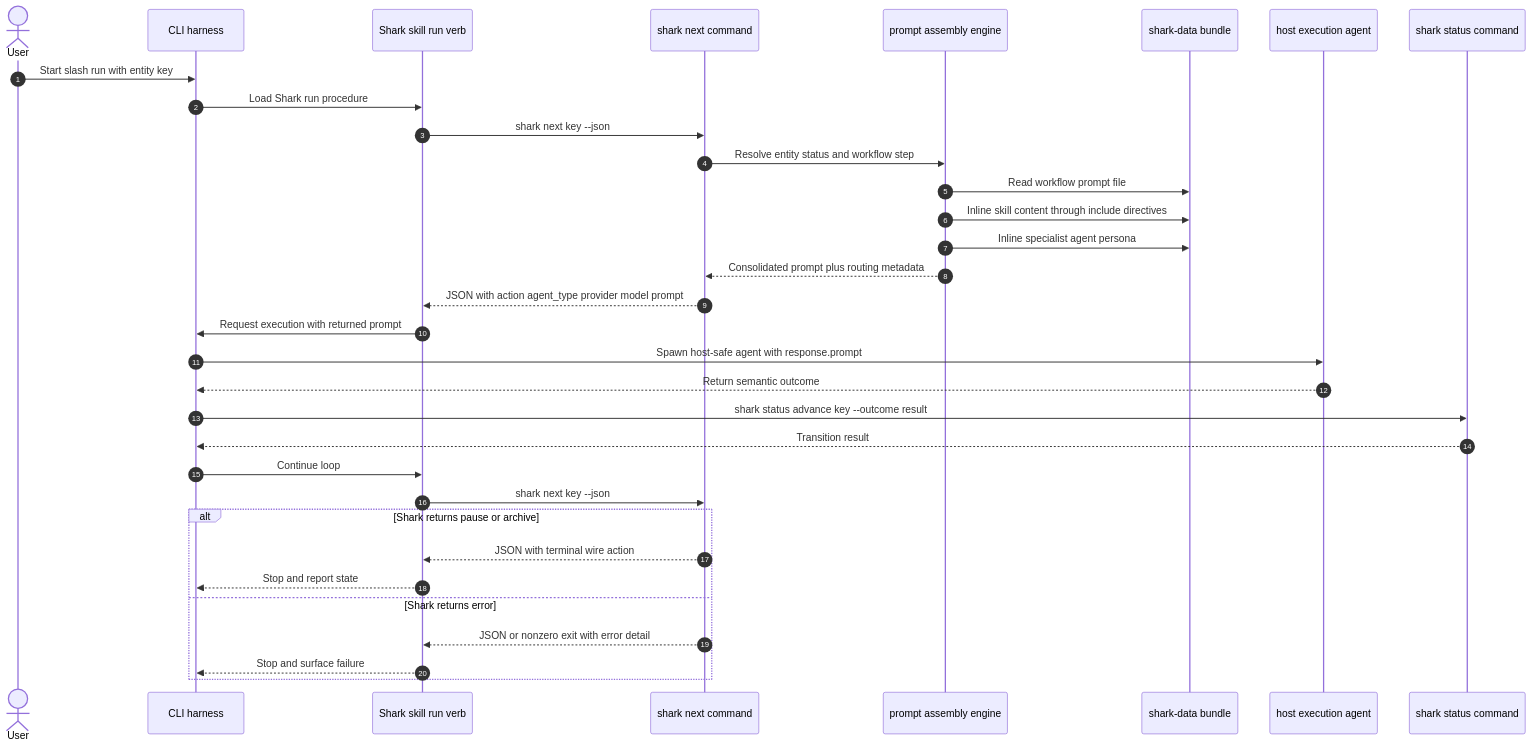
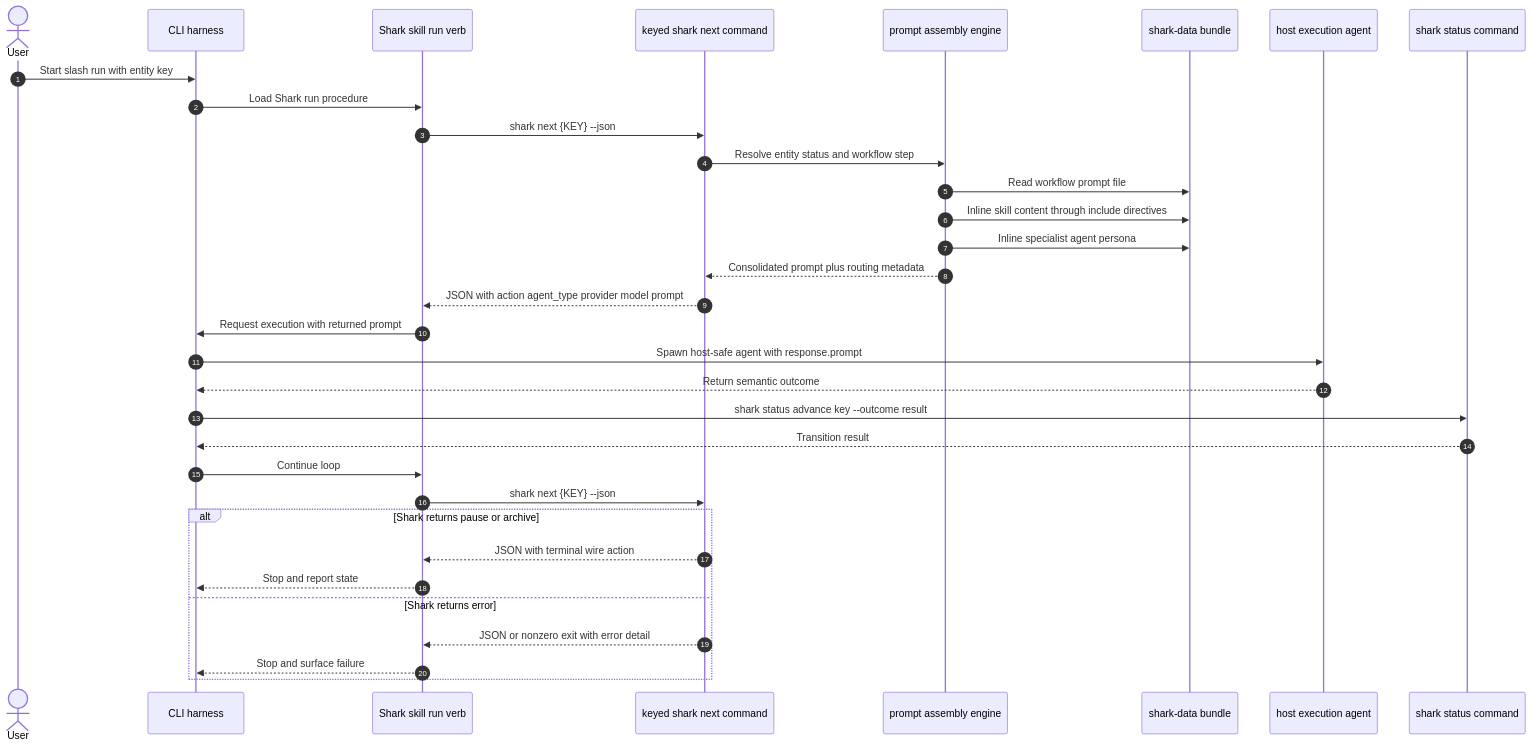
Before and after one commit to jwwelbor/shark-task-manager: the diagram in docs/architecture/shark-dispatch-prompt-assembly.md, drawn with Mermaid. The commit also changed other lines of this file and 97 other files, not shown here.

````diff
--- a/docs/architecture/shark-dispatch-prompt-assembly.md
+++ b/docs/architecture/shark-dispatch-prompt-assembly.md
@@ -10,37 +19,37 @@
 ```mermaid
 sequenceDiagram
     autonumber
     actor User
     participant Harness as CLI harness
     participant Skill as Shark skill run verb
-    participant Next as shark next command
+    participant Next as keyed shark next command
     participant Engine as prompt assembly engine
     participant Bundle as shark-data bundle
     participant Agent as host execution agent
     participant Status as shark status command
 
     User->>Harness: Start slash run with entity key
     Harness->>Skill: Load Shark run procedure
-    Skill->>Next: shark next key --json
+    Skill->>Next: shark next {KEY} --json
     Next->>Engine: Resolve entity status and workflow step
     Engine->>Bundle: Read workflow prompt file
     Engine->>Bundle: Inline skill content through include directives
     Engine->>Bundle: Inline specialist agent persona
     Engine-->>Next: Consolidated prompt plus routing metadata
     Next-->>Skill: JSON with action agent_type provider model prompt
     Skill->>Harness: Request execution with returned prompt
     Harness->>Agent: Spawn host-safe agent with response.prompt
     Agent-->>Harness: Return semantic outcome
     Harness->>Status: shark status advance key --outcome result
     Status-->>Harness: Transition result
     Harness->>Skill: Continue loop
-    Skill->>Next: shark next key --json
+    Skill->>Next: shark next {KEY} --json
 
     alt Shark returns pause or archive
         Next-->>Skill: JSON with terminal wire action
         Skill-->>Harness: Stop and report state
     else Shark returns error
         Next-->>Skill: JSON or nonzero exit with error detail
         Skill-->>Harness: Stop and surface failure
     end
 ```
````
